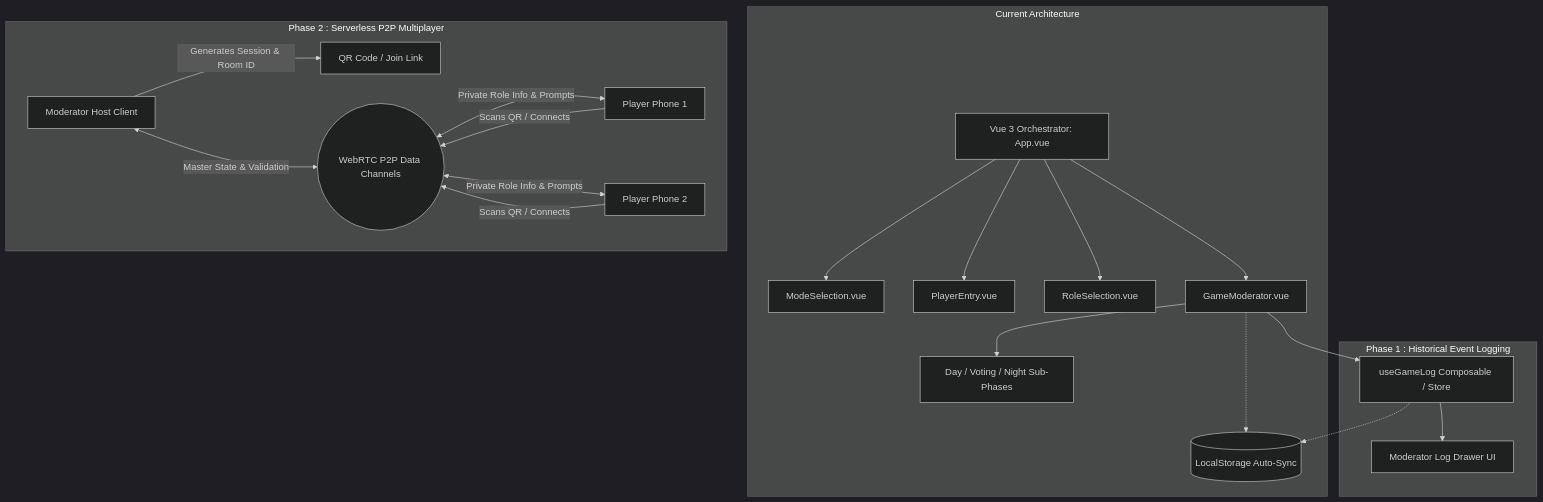
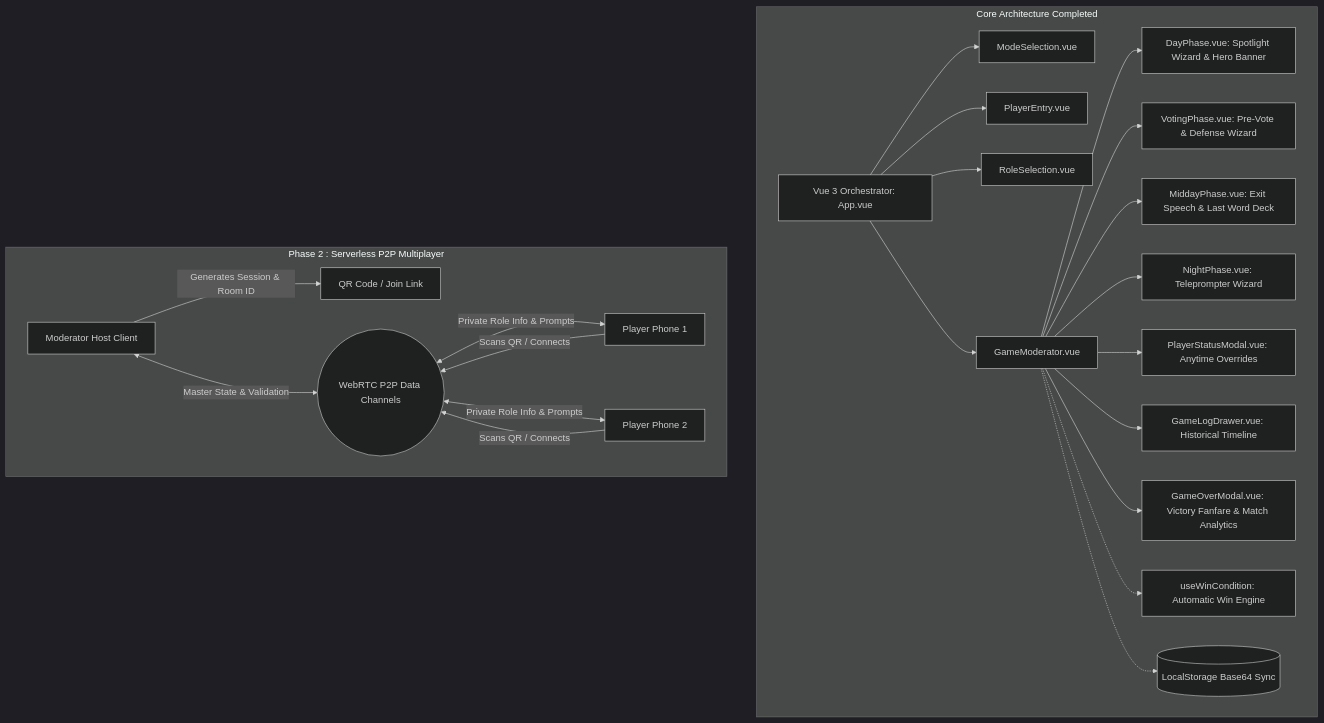
The diagram in docs/roadmap.md (aheristchian/mpga), drawn with Mermaid (dark theme) before and after one commit. The commit also changed other lines of this file and 39 other files, not shown here.

Commit message:
feat: implement multiplayer p2p, web audio soundscapes, and game over modal

````diff
--- a/docs/roadmap.md
+++ b/docs/roadmap.md
@@ -9,26 +9,27 @@
 ```mermaid
 graph TD
-    subgraph Current Architecture
+    subgraph Core Architecture Completed
         A[Vue 3 Orchestrator: App.vue] --> B[ModeSelection.vue]
         A --> C[PlayerEntry.vue]
         A --> D[RoleSelection.vue]
         A --> E[GameModerator.vue]
-        E --> F[Day / Voting / Night Sub-Phases]
-        E -.-> G[(LocalStorage Auto-Sync)]
-    end
-
-    subgraph Phase 1 : Historical Event Logging
-        E --> H[useGameLog Composable / Store]
-        H -.-> G
-        H --> I[Moderator Log Drawer UI]
+        E --> F1[DayPhase.vue: Spotlight Wizard & Hero Banner]
+        E --> F2[VotingPhase.vue: Pre-Vote & Defense Wizard]
+        E --> F3[MiddayPhase.vue: Exit Speech & Last Word Deck]
+        E --> F4[NightPhase.vue: Teleprompter Wizard]
+        E --> H[PlayerStatusModal.vue: Anytime Overrides]
+        E --> I[GameLogDrawer.vue: Historical Timeline]
+        E --> GO[GameOverModal.vue: Victory Fanfare & Match Analytics]
+        E -.-> WC[useWinCondition: Automatic Win Engine]
+        E -.-> G[(LocalStorage Base64 Sync)]
     end
 
     subgraph Phase 2 : Serverless P2P Multiplayer
         J[Moderator Host Client] -->|Generates Session & Room ID| K[QR Code / Join Link]
         L1[Player Phone 1] -->|Scans QR / Connects| M((WebRTC P2P Data Channels))
         L2[Player Phone 2] -->|Scans QR / Connects| M
         J <-->|Master State & Validation| M
         M <-->|Private Role Info & Prompts| L1
         M <-->|Private Role Info & Prompts| L2
     end
 ```
````
